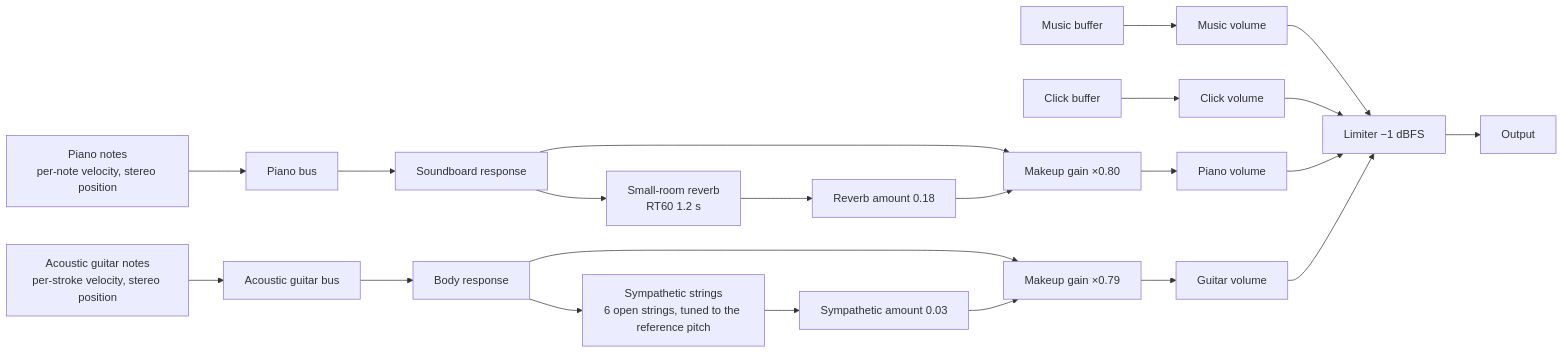
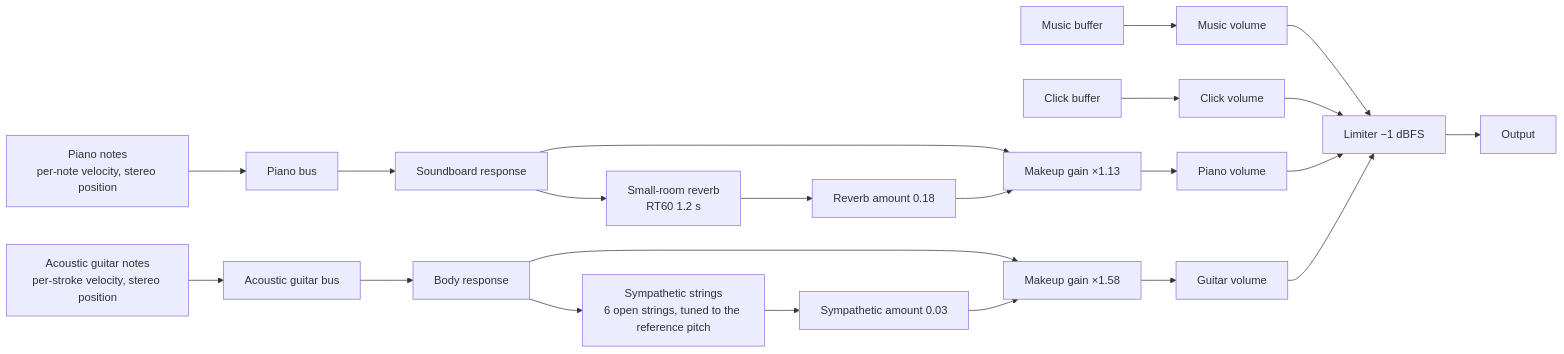
Before and after one commit to Velvitty/Chordity: the third of 3 diagrams in README.en.md, drawn with Mermaid. The commit also changed other lines of this file and 9 other files, not shown here.

````diff
--- a/README.en.md
+++ b/README.en.md
@@ -1419,18 +1419,18 @@
 ```mermaid
 flowchart LR
   M["Music buffer"] --> GM["Music volume"]
   C["Click buffer"] --> GC["Click volume"]
   P["Piano notes<br/>per-note velocity, stereo position"] --> PB["Piano bus"] --> SB["Soundboard response"]
-  SB --> MP["Makeup gain ×0.80"]
+  SB --> MP["Makeup gain ×1.13"]
   SB --> RP["Small-room reverb<br/>RT60 1.2 s"] --> WP["Reverb amount 0.18"] --> MP
   G["Acoustic guitar notes<br/>per-stroke velocity, stereo position"] --> GB["Acoustic guitar bus"] --> BD["Body response"]
-  BD --> MG["Makeup gain ×0.79"]
+  BD --> MG["Makeup gain ×1.58"]
   BD --> RG["Sympathetic strings<br/>6 open strings, tuned to the reference pitch"] --> WG["Sympathetic amount 0.03"] --> MG
   MP --> GP["Piano volume"]
   MG --> GG["Guitar volume"]
   GM --> L["Limiter −1 dBFS"]
   GC --> L
   GP --> L
   GG --> L
   L --> O["Output"]
 ```
````
